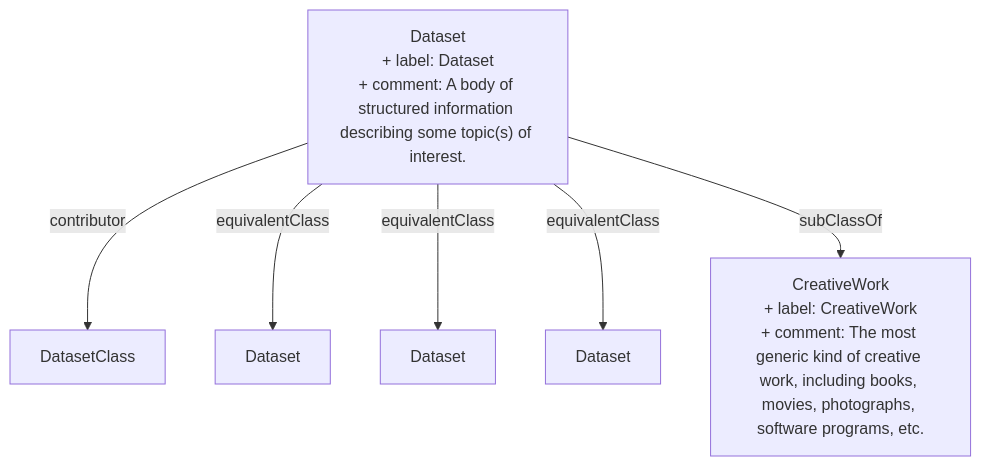
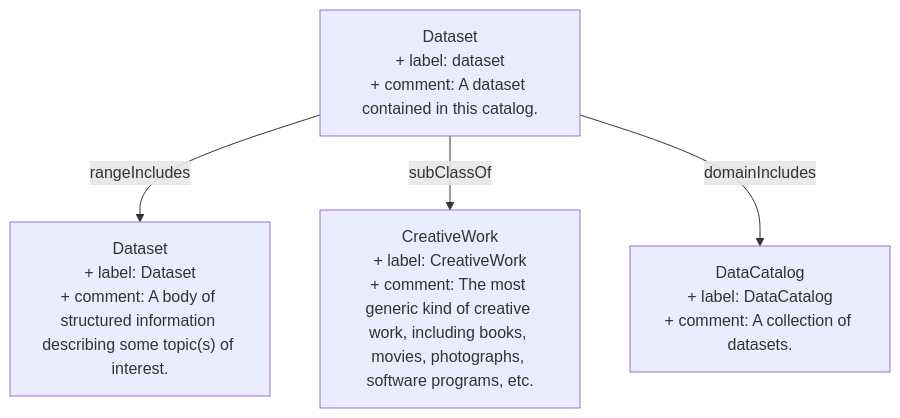
Before and after one commit to heidingaway/heidi2: the diagram in content/schema/Dataset.md, drawn with Mermaid. The commit also changed other lines of this file and 512 other files, not shown here.

````diff
--- a/content/schema/Dataset.md
+++ b/content/schema/Dataset.md
@@ -27,14 +27,10 @@
 ```mermaid
 graph TD
-  Dataset["Dataset<br>+ label: Dataset<br>+ comment: A body of structured information describing some topic(s) of interest."]:::current-page-node
+  Dataset["Dataset<br>+ label: dataset<br>+ comment: A dataset contained in this catalog."]:::current-page-node
+  DataCatalog["DataCatalog<br>+ label: DataCatalog<br>+ comment: A collection of datasets."]
+  Dataset_1["Dataset<br>+ label: Dataset<br>+ comment: A body of structured information describing some topic(s) of interest."]
   CreativeWork["CreativeWork<br>+ label: CreativeWork<br>+ comment: The most generic kind of creative work, including books, movies, photographs, software programs, etc."]
-  Dataset_1["Dataset"]
-  Dataset_2["Dataset"]
-  Dataset_3["Dataset"]
-  DatasetClass["DatasetClass"]
-  Dataset-->|" contributor "|DatasetClass
-  Dataset-->|" equivalentClass "|Dataset_1
-  Dataset-->|" equivalentClass "|Dataset_3
-  Dataset-->|" equivalentClass "|Dataset_2
+  Dataset-->|" rangeIncludes "|Dataset_1
   Dataset-->|" subClassOf "|CreativeWork
+  Dataset-->|" domainIncludes "|DataCatalog
 ```
````
